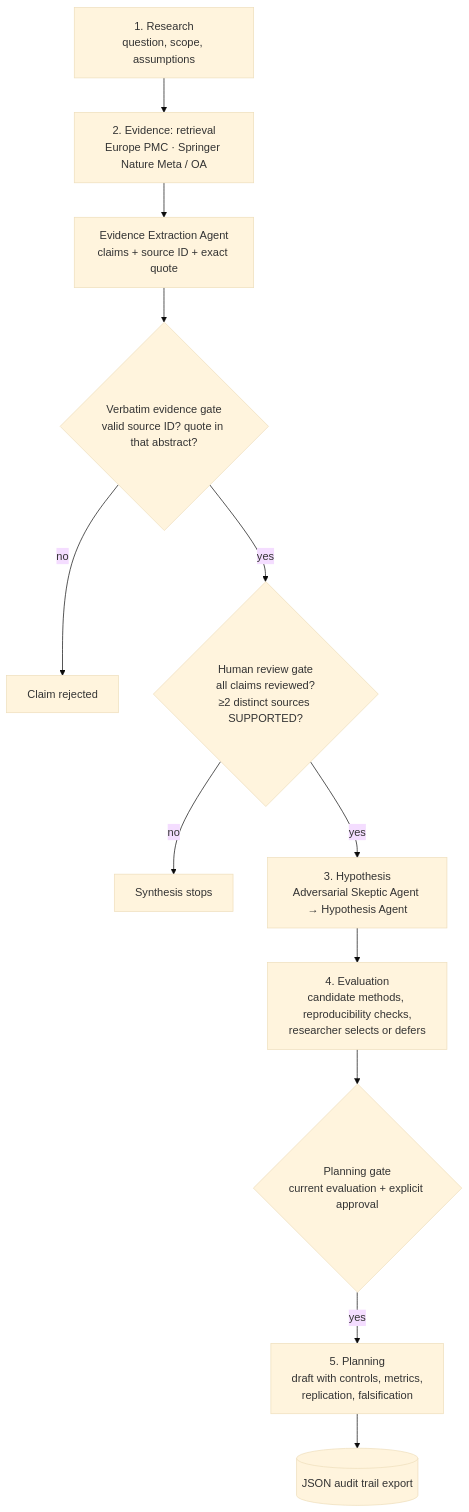
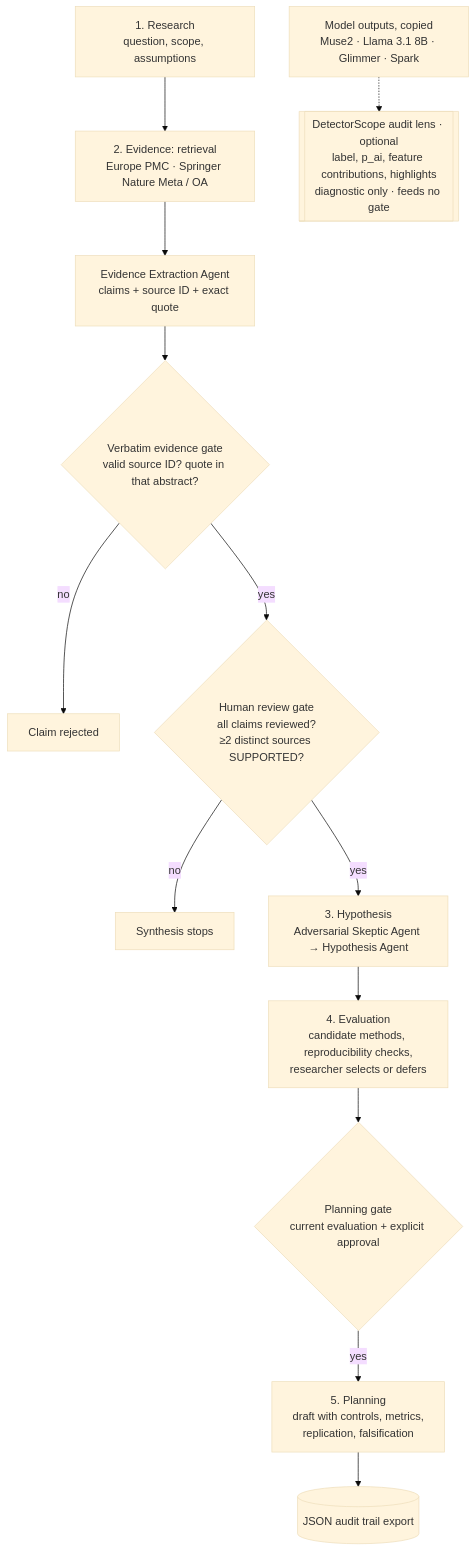
The diagram in README.md (Jaycee871/FrontierLab-Meta-Hackathon-2026), drawn with Mermaid (base theme) before and after one commit. The commit also changed other lines of this file and 3 other files, not shown here.

First line of the commit message:
docs: add DetectorScope to architecture diagram and README

````diff
--- a/README.md
+++ b/README.md
@@ -62,14 +63,15 @@
 ```mermaid
 flowchart TD
     Q[1. Research<br/>question, scope, assumptions] --> R[2. Evidence: retrieval<br/>Europe PMC · Springer Nature Meta / OA]
     R --> X[Evidence Extraction Agent<br/>claims + source ID + exact quote]
     X --> G{Verbatim evidence gate<br/>valid source ID? quote in that abstract?}
     G -- no --> REJ[Claim rejected]
     G -- yes --> H{Human review gate<br/>all claims reviewed?<br/>≥2 distinct sources SUPPORTED?}
     H -- no --> STOP[Synthesis stops]
     H -- yes --> S[3. Hypothesis<br/>Adversarial Skeptic Agent → Hypothesis Agent]
     S --> E[4. Evaluation<br/>candidate methods, reproducibility checks,<br/>researcher selects or defers]
     E --> P{Planning gate<br/>current evaluation + explicit approval}
     P -- yes --> PL[5. Planning<br/>draft with controls, metrics,<br/>replication, falsification]
     PL --> A[(JSON audit trail export)]
+    MO[Model outputs, copied<br/>Muse2 · Llama 3.1 8B · Glimmer · Spark] -.-> DS[[DetectorScope audit lens · optional<br/>label, p_ai, feature contributions, highlights<br/>diagnostic only · feeds no gate]]
 ```
````
